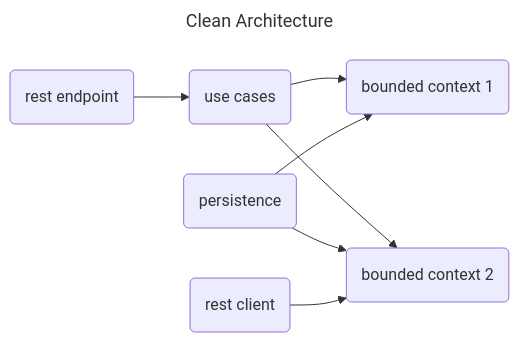
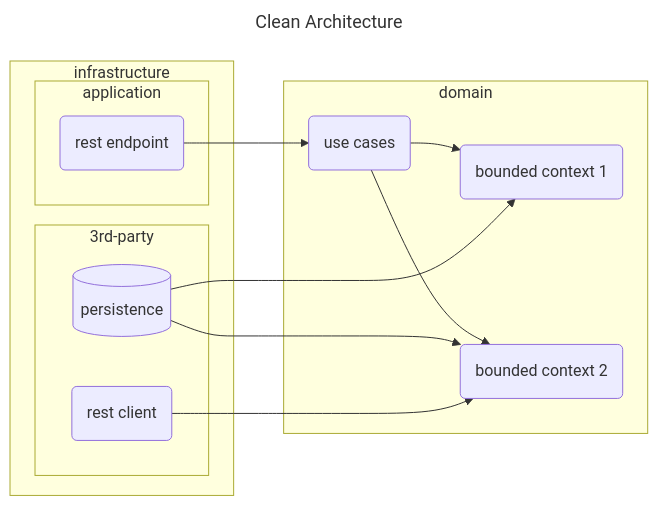
Before and after one commit to gerome-avec-un-g/clean-architecture: the second of 2 diagrams in README.md, drawn with Mermaid. The commit also changed other lines of this file and 2 other files, not shown here.

Commit message:
openAPI/Swagger

````diff
--- a/README.md
+++ b/README.md
@@ -26,18 +31,35 @@
 ```mermaid
 ---
 title: Clean Architecture
 ---
 flowchart LR
     useCases(use cases)
     boundedContext1(bounded context 1)
     boundedContext2(bounded context 2)
     restEndpoint(rest endpoint)
-    persistence(persistence)
+    persistence[(persistence)]
     restClient(rest client)
+    subgraph infrastructure
+        restEndpoint
+        persistence
+        restClient
+        subgraph application
+            restEndpoint
+        end
+        subgraph 3rd-party
+            persistence
+            restClient
+        end
+    end
+    subgraph domain
+        useCases
+        boundedContext1
+        boundedContext2
+    end
     restEndpoint --> useCases
     useCases --> boundedContext1
     useCases --> boundedContext2
     persistence --> boundedContext1
     persistence --> boundedContext2
     restClient --> boundedContext2
 ```
````
